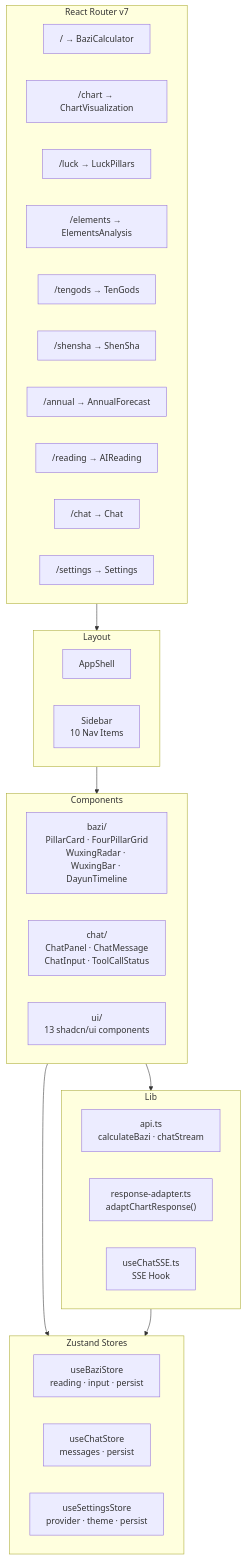
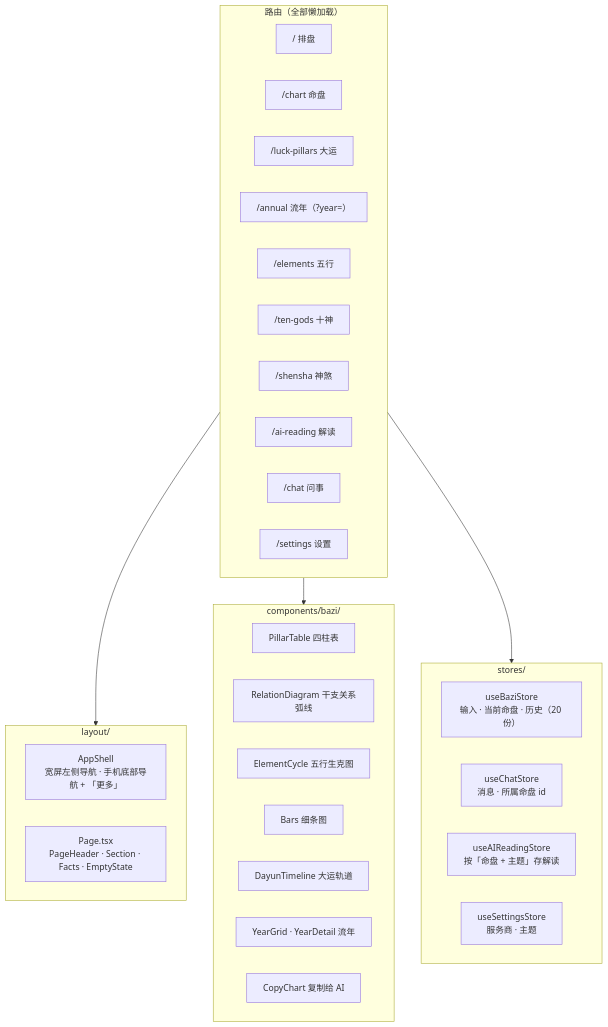
One commit to gaaiyun/FOR-BAZI changed the second of 12 diagrams in docs/ARCHITECTURE.md. Above: the diagram before and after it, drawn with Mermaid. The commit also changed other lines of this file and 4 other files, not shown here.

````diff
--- a/docs/ARCHITECTURE.md
+++ b/docs/ARCHITECTURE.md
@@ -69,44 +69,41 @@
 ```mermaid
 graph TB
-    subgraph Router["React Router v7"]
-        R1["/ → BaziCalculator"]
-        R2["/chart → ChartVisualization"]
-        R3["/luck → LuckPillars"]
-        R4["/elements → ElementsAnalysis"]
-        R5["/tengods → TenGods"]
-        R6["/shensha → ShenSha"]
-        R7["/annual → AnnualForecast"]
-        R8["/reading → AIReading"]
-        R9["/chat → Chat"]
-        R10["/settings → Settings"]
+    subgraph Routes["路由（全部懒加载）"]
+        R1["/ 排盘"]
+        R2["/chart 命盘"]
+        R3["/luck-pillars 大运"]
+        R4["/annual 流年（?year=）"]
+        R5["/elements 五行"]
+        R6["/ten-gods 十神"]
+        R7["/shensha 神煞"]
+        R8["/ai-reading 解读"]
+        R9["/chat 问事"]
+        R10["/settings 设置"]
     end
 
-    subgraph Layout["Layout"]
-        AppShell["AppShell"]
-        Sidebar["Sidebar<br/>10 Nav Items"]
+    subgraph Shell["layout/"]
+        AppShell["AppShell<br/>宽屏左侧导航 · 手机底部导航 + 「更多」"]
+        Page["Page.tsx<br/>PageHeader · Section · Facts · EmptyState"]
     end
 
-    subgraph State["Zustand Stores"]
-        BaziStore["useBaziStore<br/>reading · input · persist"]
-        ChatStore["useChatStore<br/>messages · persist"]
-        SettingsStore["useSettingsStore<br/>provider · theme · persist"]
+    subgraph Viz["components/bazi/"]
+        PillarTable["PillarTable 四柱表"]
+        Relation["RelationDiagram 干支关系弧线"]
+        Cycle["ElementCycle 五行生克图"]
+        Bars["Bars 细条图"]
+        Dayun["DayunTimeline 大运轨道"]
+        Years["YearGrid · YearDetail 流年"]
+        Copy["CopyChart 复制给 AI"]
     end
 
-    subgraph Components["Components"]
-        BaziComps["bazi/<br/>PillarCard · FourPillarGrid<br/>WuxingRadar · WuxingBar · DayunTimeline"]
-        ChatComps["chat/<br/>ChatPanel · ChatMessage<br/>ChatInput · ToolCallStatus"]
-        UIComps["ui/<br/>13 shadcn/ui components"]
+    subgraph Stores["stores/"]
+        BaziStore["useBaziStore<br/>输入 · 当前命盘 · 历史（20 份）"]
+        ChatStore["useChatStore<br/>消息 · 所属命盘 id"]
+        ReadingStore["useAIReadingStore<br/>按「命盘 + 主题」存解读"]
+        SettingsStore["useSettingsStore<br/>服务商 · 主题"]
     end
 
-    subgraph Lib["Lib"]
-        API["api.ts<br/>calculateBazi · chatStream"]
-        Adapter["response-adapter.ts<br/>adaptChartResponse()"]
-        SSE["useChatSSE.ts<br/>SSE Hook"]
-    end
-
-    Router --> Layout
-    Layout --> Components
-    Components --> State
-    Components --> Lib
-    Lib --> State
+    Routes --> Shell
+    Routes --> Viz
+    Routes --> Stores
 ```
````
